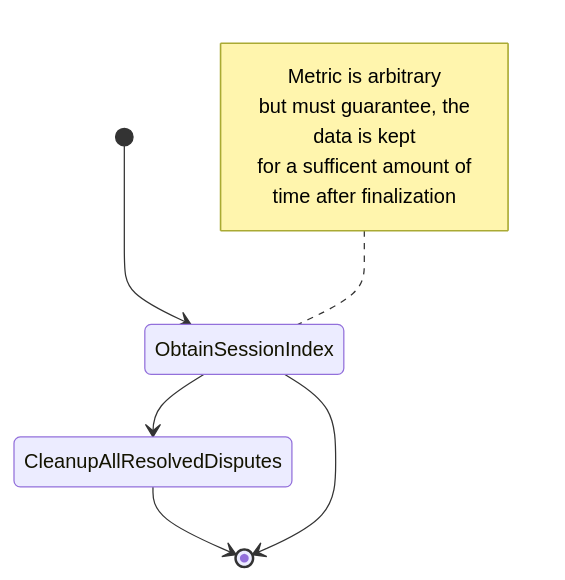
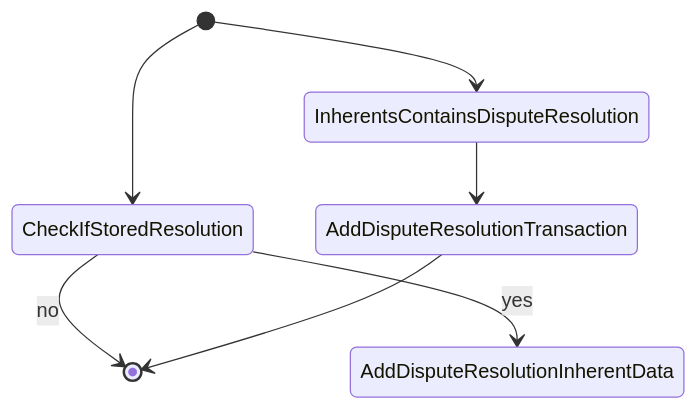
One commit to paritytech/polkadot changed the fifth of 7 diagrams in roadmap/implementers-guide/src/disputes-component-partitions.md. Above: the diagram before and after it, drawn with Mermaid. The commit also changed other lines of this file, not shown here.

Commit message:
more details, more graphs, more components

````diff
--- a/roadmap/implementers-guide/src/disputes-component-partitions.md
+++ b/roadmap/implementers-guide/src/disputes-component-partitions.md
@@ -178,8 +208,9 @@
 ```mermaid
 stateDiagram-v2
-  [*] --> ObtainSessionIndex
-  note left of ObtainSessionIndex: Metric is arbitrary<br /> but must guarantee, the data is kept<br /> for a sufficent amount of time after finalization
-  ObtainSessionIndex --> CleanupAllResolvedDisputes
-  CleanupAllResolvedDisputes --> [*]
-  ObtainSessionIndex --> [*]
+  [*] --> InherentsContainsDisputeResolution
+  [*] --> CheckIfStoredResolution
+  CheckIfStoredResolution --> AddDisputeResolutionInherentData: yes
+  CheckIfStoredResolution --> [*]: no
+  InherentsContainsDisputeResolution --> AddDisputeResolutionTransaction
+  AddDisputeResolutionTransaction --> [*]
 ```
````
